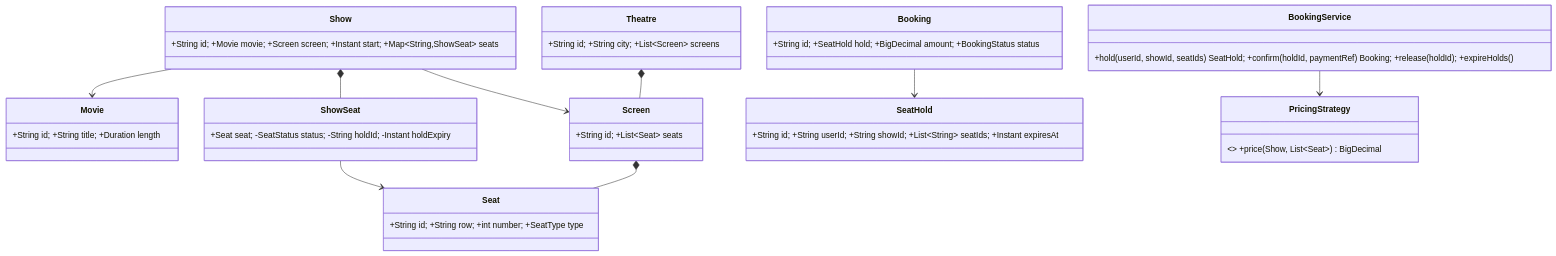
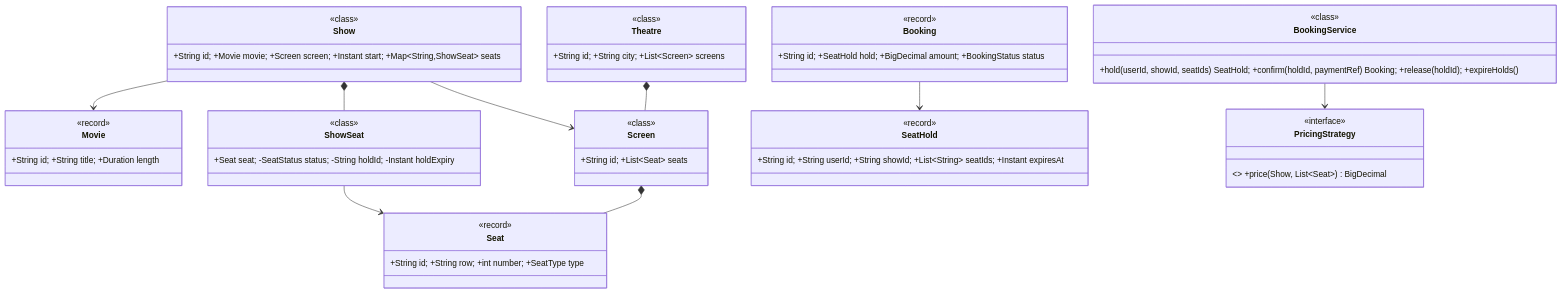
One commit to amarkum/amarkumar.guru changed the first of 2 diagrams in system-design/lld/25-movie-ticket-booking.md. Above: the diagram before and after it, drawn with Mermaid. The commit also changed 27 other files, not shown here.

Commit message:
Label every UML type as interface, enumeration, abstract, record or class, add missing enums, and colour-code them.

````diff
--- a/system-design/lld/25-movie-ticket-booking.md
+++ b/system-design/lld/25-movie-ticket-booking.md
@@ -38,21 +38,51 @@
 ```mermaid
 classDiagram
     class Movie { +String id; +String title; +Duration length }
     class Theatre { +String id; +String city; +List~Screen~ screens }
     class Screen { +String id; +List~Seat~ seats }
     class Seat { +String id; +String row; +int number; +SeatType type }
     class Show { +String id; +Movie movie; +Screen screen; +Instant start; +Map~String,ShowSeat~ seats }
     class ShowSeat { +Seat seat; -SeatStatus status; -String holdId; -Instant holdExpiry }
     class SeatHold { +String id; +String userId; +String showId; +List~String~ seatIds; +Instant expiresAt }
     class Booking { +String id; +SeatHold hold; +BigDecimal amount; +BookingStatus status }
     class PricingStrategy { <<interface>> +price(Show, List~Seat~) BigDecimal }
     class BookingService { +hold(userId, showId, seatIds) SeatHold; +confirm(holdId, paymentRef) Booking; +release(holdId); +expireHolds() }
     Theatre *-- Screen
     Screen *-- Seat
     Show --> Movie
     Show --> Screen
     Show *-- ShowSeat
     ShowSeat --> Seat
     Booking --> SeatHold
     BookingService --> PricingStrategy
+    class Theatre {
+      <<class>>
+    }
+    class Screen {
+      <<class>>
+    }
+    class Show {
+      <<class>>
+    }
+    class ShowSeat {
+      <<class>>
+    }
+    class Seat {
+      <<record>>
+    }
+    class Booking {
+      <<record>>
+    }
+    class SeatHold {
+      <<record>>
+    }
+    class Movie {
+      <<record>>
+    }
+    class BookingService {
+      <<class>>
+    }
+    class PricingStrategy {
+      <<interface>>
+    }
 ```
````
